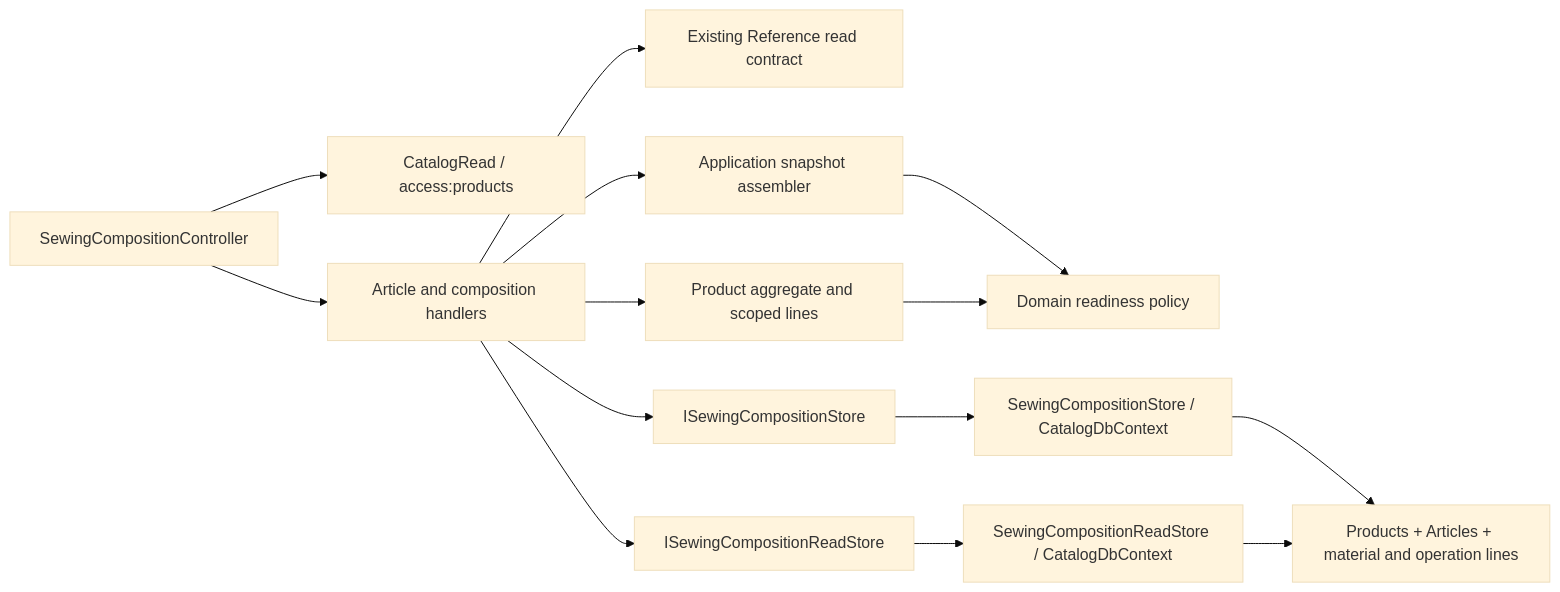
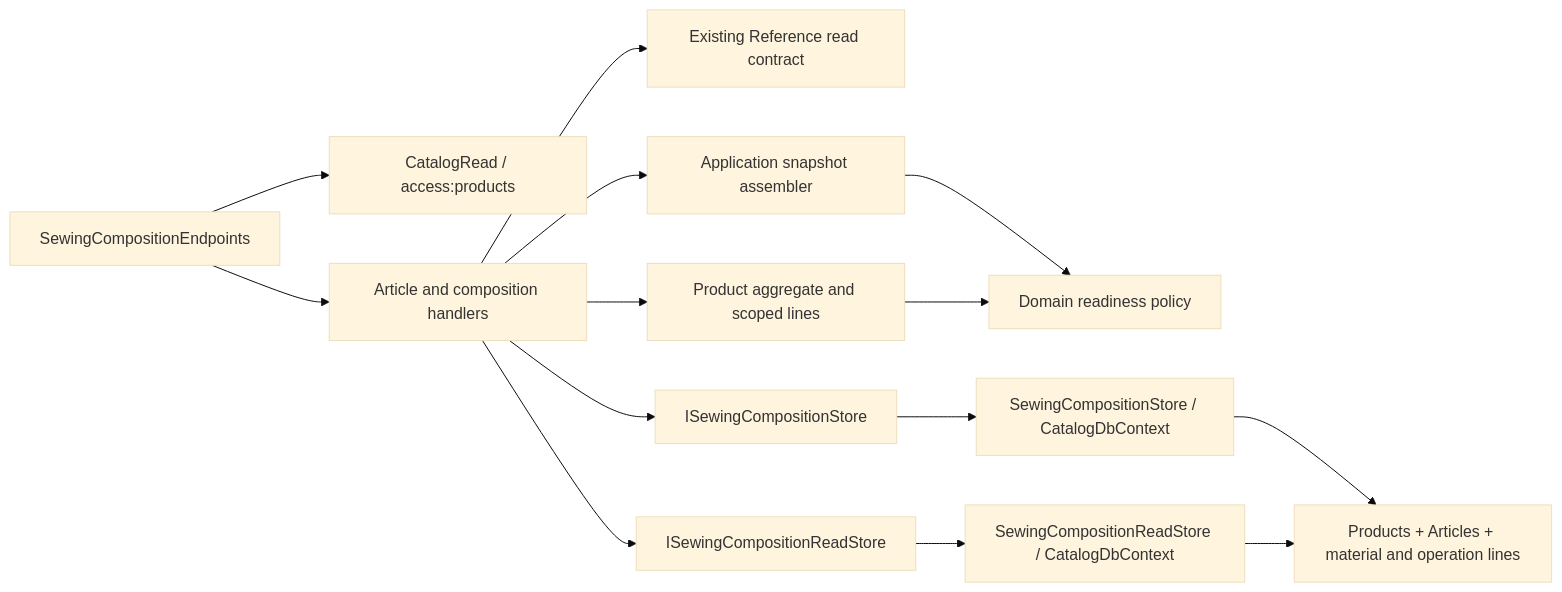
One commit to Weretik/BreviERP changed the diagram in docs/sdd/features/catalog/sewing-composition.md. Above: the diagram before and after it, drawn with Mermaid (base theme). The commit also changed other lines of this file and 223 other files, not shown here.

First line of the commit message:
Minimal API part 7: Crm and Catalog modules (#167)

````diff
--- a/docs/sdd/features/catalog/sewing-composition.md
+++ b/docs/sdd/features/catalog/sewing-composition.md
@@ -45,16 +45,16 @@
 ```mermaid
 flowchart LR
-    API[SewingCompositionController] --> Policies[CatalogRead / access:products]
+    API[SewingCompositionEndpoints] --> Policies[CatalogRead / access:products]
     API --> Handlers[Article and composition handlers]
     Handlers --> Reference[Existing Reference read contract]
     Handlers --> Product[Product aggregate and scoped lines]
     Handlers --> WriteStore[ISewingCompositionStore]
     Handlers --> ReadStore[ISewingCompositionReadStore]
     Handlers --> Assembler[Application snapshot assembler]
     Assembler --> Readiness[Domain readiness policy]
     Product --> Readiness
     WriteStore --> EF[SewingCompositionStore / CatalogDbContext]
     ReadStore --> ReadEF[SewingCompositionReadStore / CatalogDbContext]
     EF --> DB[Products + Articles + material and operation lines]
     ReadEF --> DB
 ```
````
